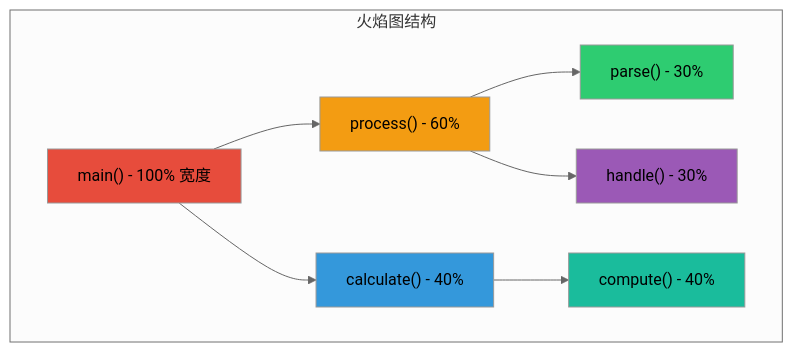
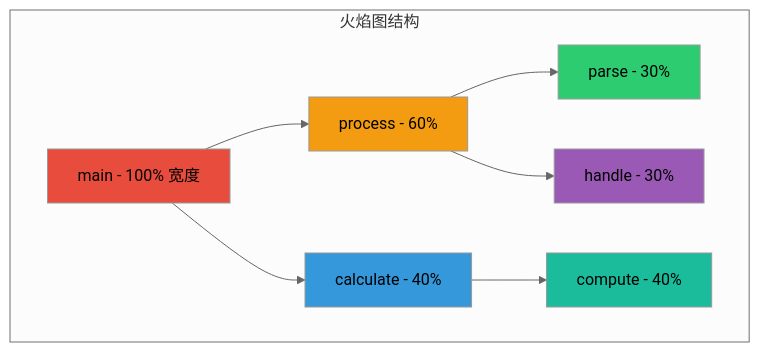
Before and after one commit to jpixy/jpixy.github.io: diagram 11 of 16 in content/articles/linux/linux-37-perf性能分析工具深度解析.md, drawn with Mermaid (neutral theme). The commit also changed other lines of this file and 66 other files, not shown here.

Commit message:
fix: resolve Mermaid syntax errors by removing parentheses in node labels

````diff
--- a/content/articles/linux/linux-37-perf性能分析工具深度解析.md
+++ b/content/articles/linux/linux-37-perf性能分析工具深度解析.md
@@ -742,24 +742,24 @@
 ```mermaid
 graph TB
     subgraph 火焰图结构
-        A["main() - 100% 宽度"]
-        B["process() - 60%"]
-        C["calculate() - 40%"]
-        D["parse() - 30%"]
-        E["handle() - 30%"]
-        F["compute() - 40%"]
+        A["main - 100% 宽度"]
+        B["process - 60%"]
+        C["calculate - 40%"]
+        D["parse - 30%"]
+        E["handle - 30%"]
+        F["compute - 40%"]
     end
 
     A --> B
     A --> C
     B --> D
     B --> E
     C --> F
 
     style A fill:#e74c3c
     style B fill:#f39c12
     style C fill:#3498db
     style D fill:#2ecc71
     style E fill:#9b59b6
     style F fill:#1abc9c
 ```
````
